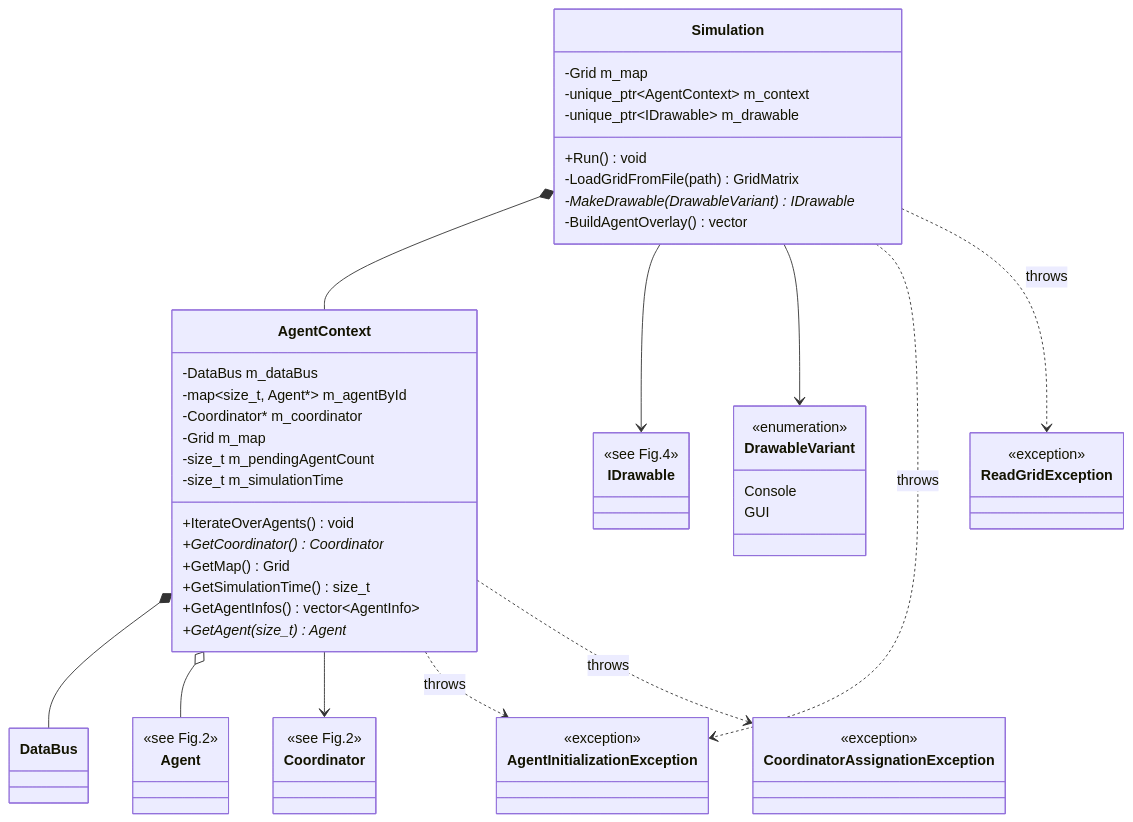
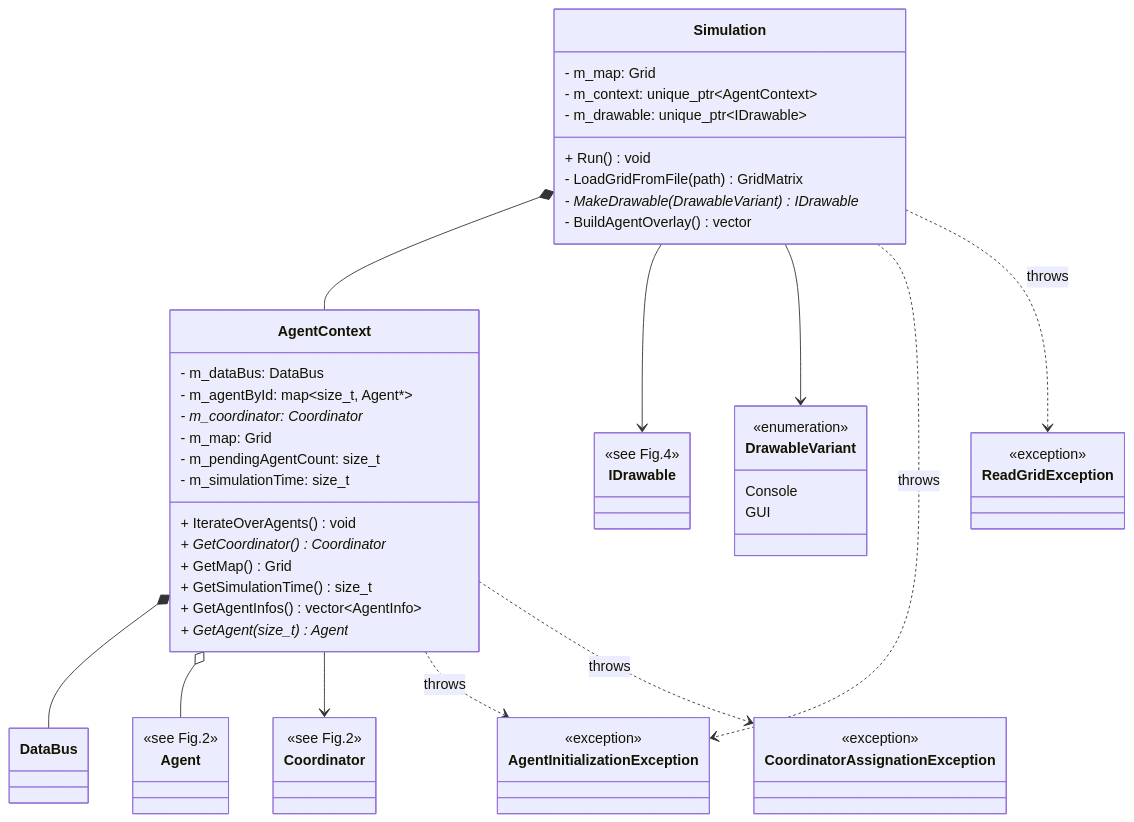
One commit to Obamium3157/CooperativeExplorationSimulation changed the third of 4 diagrams in README.md. Above: the diagram before and after it, drawn with Mermaid. The commit also changed other lines of this file and 2 other files, not shown here.

````diff
--- a/README.md
+++ b/README.md
@@ -126,69 +131,70 @@
 ```mermaid
 classDiagram
     class AgentContext {
-        -DataBus m_dataBus
-        -map~size_t, Agent*~ m_agentById
-        -Coordinator* m_coordinator
-        -Grid m_map
-        -size_t m_pendingAgentCount
-        -size_t m_simulationTime
-        +IterateOverAgents() void
-        +GetCoordinator() Coordinator*
-        +GetMap() Grid
-        +GetSimulationTime() size_t
-        +GetAgentInfos() vector~AgentInfo~
-        +GetAgent(size_t) Agent*
+        - m_dataBus: DataBus 
+        - m_agentById: map~size_t, Agent*~
+        - m_coordinator: Coordinator*
+        - m_map: Grid
+        - m_pendingAgentCount: size_t
+        - m_simulationTime: size_t
+        
+        + IterateOverAgents() void
+        + GetCoordinator() Coordinator*
+        + GetMap() Grid
+        + GetSimulationTime() size_t
+        + GetAgentInfos() vector~AgentInfo~
+        + GetAgent(size_t) Agent*
     }
 
     class Simulation {
-        -Grid m_map
-        -unique_ptr~AgentContext~ m_context
-        -unique_ptr~IDrawable~ m_drawable
-        +Run() void
-        -LoadGridFromFile(path) GridMatrix
-        -MakeDrawable(DrawableVariant) IDrawable*
-        -BuildAgentOverlay() vector
+        - m_map: Grid
+        - m_context: unique_ptr~AgentContext~
+        - m_drawable: unique_ptr~IDrawable~
+        + Run() void
+        - LoadGridFromFile(path) GridMatrix
+        - MakeDrawable(DrawableVariant) IDrawable*
+        - BuildAgentOverlay() vector
     }
 
     class DrawableVariant {
         <<enumeration>>
         Console
         GUI
     }
 
     class AgentInitializationException {
         <<exception>>
     }
 
     class CoordinatorAssignationException {
         <<exception>>
     }
 
     class ReadGridException {
         <<exception>>
     }
 
     class Agent {
         <<see Fig.2>>
     }
 
     class Coordinator {
         <<see Fig.2>>
     }
 
     class IDrawable {
         <<see Fig.4>>
     }
 
     Simulation *-- AgentContext
     Simulation --> IDrawable
     Simulation --> DrawableVariant
     AgentContext *-- DataBus
     AgentContext o-- Agent
     AgentContext --> Coordinator
 
     Simulation ..> AgentInitializationException : throws
     Simulation ..> ReadGridException : throws
     AgentContext ..> AgentInitializationException : throws
     AgentContext ..> CoordinatorAssignationException : throws
 ```
````
